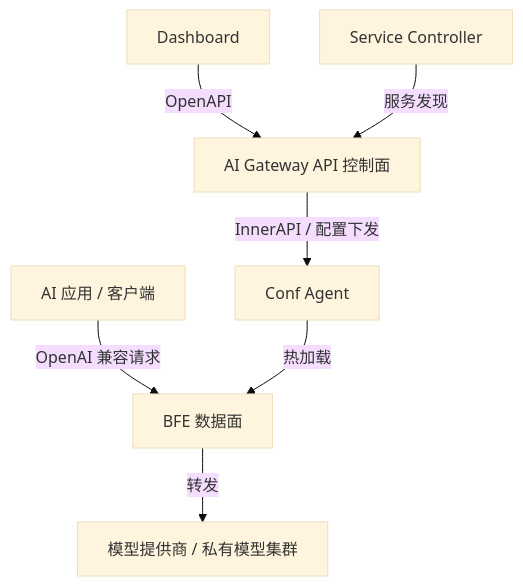
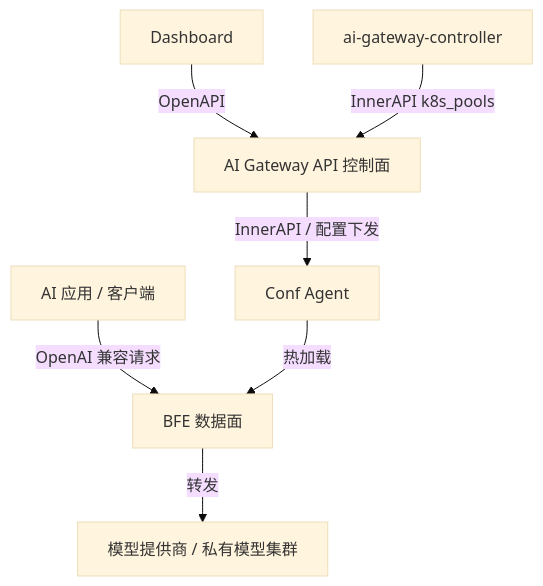
One commit to mileszhang2016/rainway-book changed the diagram in principle/chapter02-ai-gateway-overview.md. Above: the diagram before and after it, drawn with Mermaid (base theme). The commit also changed other lines of this file and 78 other files, not shown here.

Commit message:
docs: 全书对齐 v0.8.0 最新组件版本（Dashboard v0.0.11、新增 ai-gateway-controller v1.1.0；补充角色体系、批量任务、批量限流、EPP 运行时参数、K8s 池发现与错误契约等）（中英双语）

````diff
--- a/principle/chapter02-ai-gateway-overview.md
+++ b/principle/chapter02-ai-gateway-overview.md
@@ -134,9 +134,9 @@
 ```mermaid
 graph TD
     A[AI 应用 / 客户端] -->|OpenAI 兼容请求| B[BFE 数据面]
     B -->|转发| C[模型提供商 / 私有模型集群]
     D[Dashboard] -->|OpenAPI| E[AI Gateway API 控制面]
     E -->|InnerAPI / 配置下发| F[Conf Agent]
     F -->|热加载| B
-    G[Service Controller] -->|服务发现| E
+    G[ai-gateway-controller] -->|InnerAPI k8s_pools| E
 ```
````
